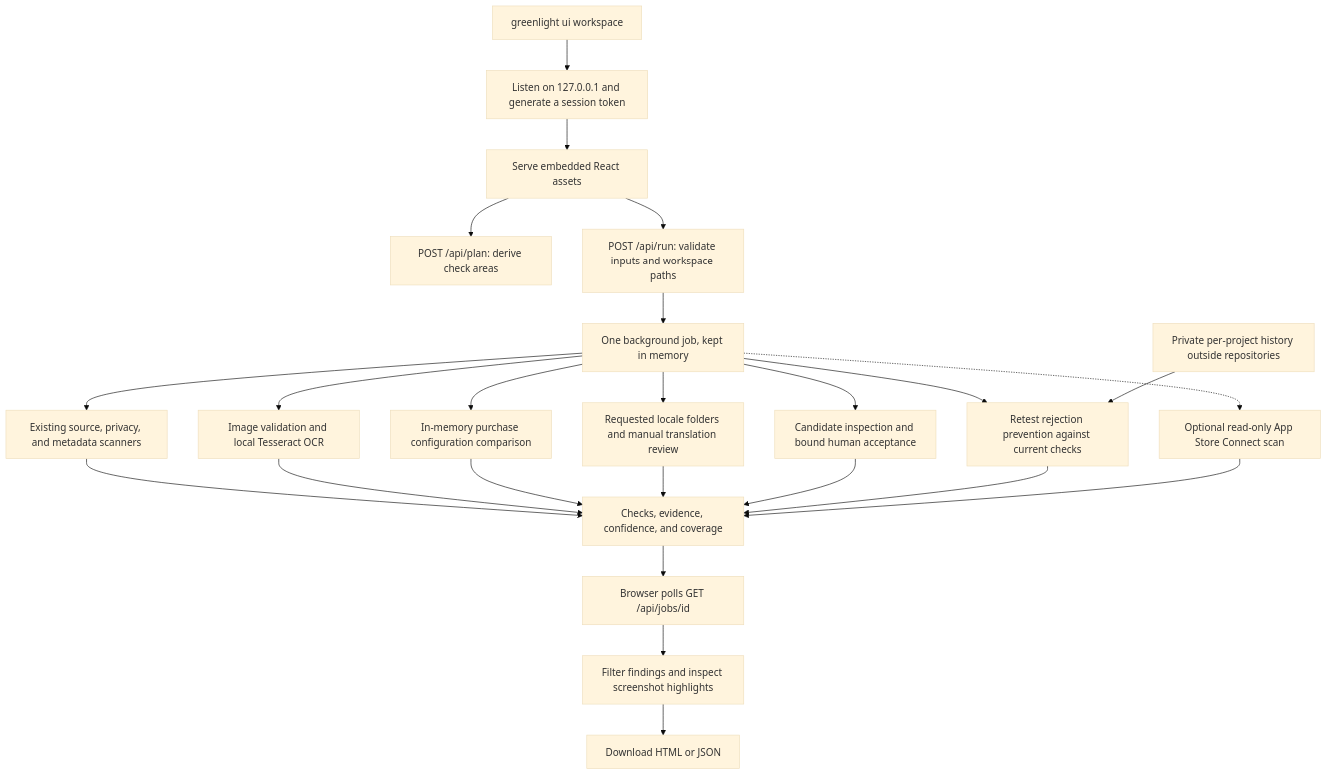
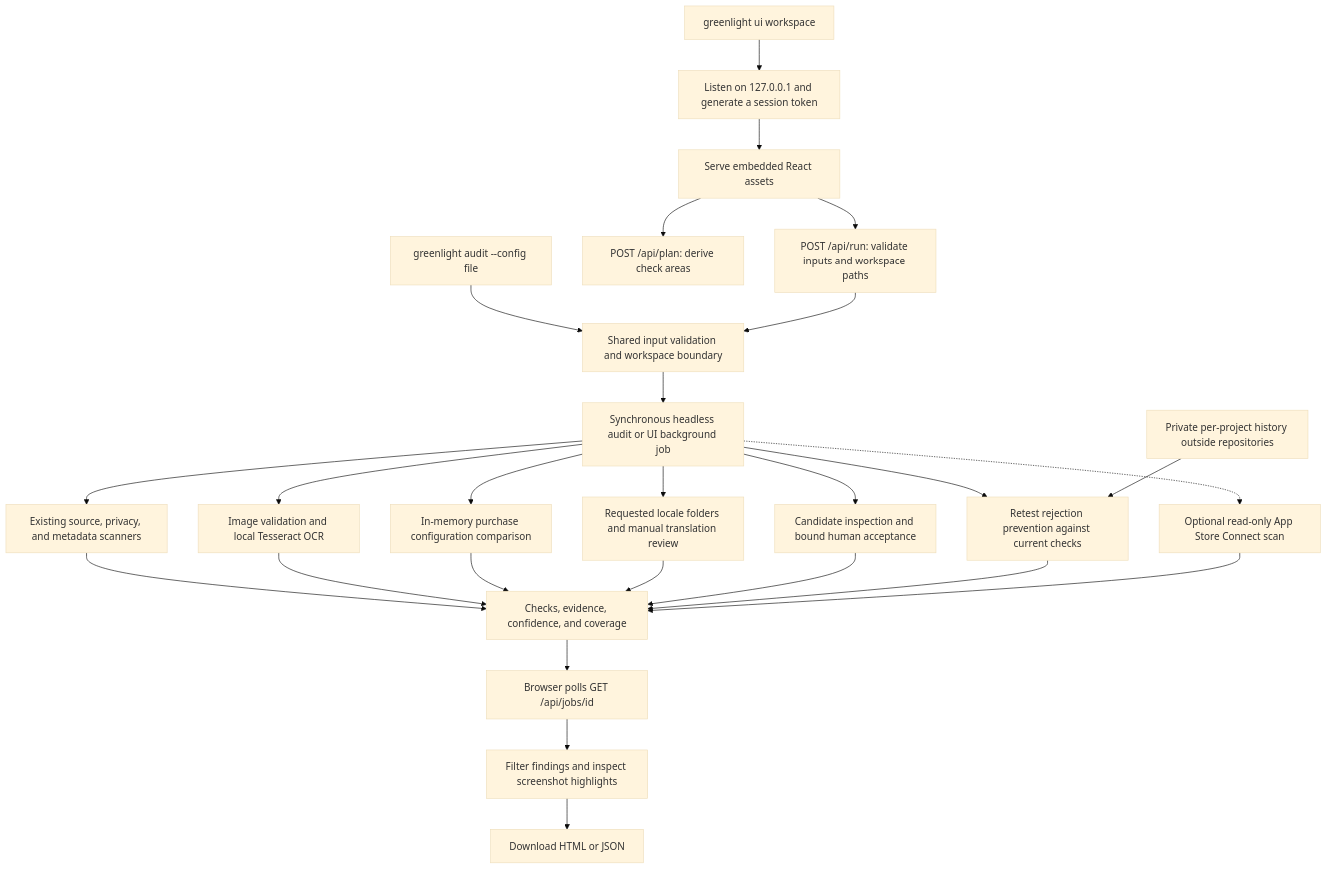
One commit to RandyVentures/greenlight changed the first of 2 diagrams in docs/architecture.md. Above: the diagram before and after it, drawn with Mermaid (base theme). The commit also changed other lines of this file and 17 other files, not shown here.

Commit message:
Add a headless agent audit workflow with structured output and optional UI

````diff
--- a/docs/architecture.md
+++ b/docs/architecture.md
@@ -9,26 +10,28 @@
 ```mermaid
 flowchart TB
+    AgentCLI["greenlight audit --config file"] --> Validate["Shared input validation and workspace boundary"]
+    Validate --> Job["Synchronous headless audit or UI background job"]
     CLI["greenlight ui workspace"] --> Listen["Listen on 127.0.0.1 and generate a session token"]
     Listen --> UI["Serve embedded React assets"]
     UI --> Plan["POST /api/plan: derive check areas"]
     UI --> Start["POST /api/run: validate inputs and workspace paths"]
-    Start --> Job["One background job, kept in memory"]
+    Start --> Validate
     Job --> Source["Existing source, privacy, and metadata scanners"]
     Job --> Screenshots["Image validation and local Tesseract OCR"]
     Job --> Purchases["In-memory purchase configuration comparison"]
     Job --> Locales["Requested locale folders and manual translation review"]
     Job --> Acceptance["Candidate inspection and bound human acceptance"]
     Job --> History["Retest rejection prevention against current checks"]
     Private["Private per-project history outside repositories"] --> History
     Job -.-> ASC["Optional read-only App Store Connect scan"]
     Source --> Report["Checks, evidence, confidence, and coverage"]
     Screenshots --> Report
     Purchases --> Report
     Locales --> Report
     Acceptance --> Report
     History --> Report
     ASC --> Report
     Report --> Poll["Browser polls GET /api/jobs/id"]
     Poll --> Inspect["Filter findings and inspect screenshot highlights"]
     Inspect --> Export["Download HTML or JSON"]
 ```
````
